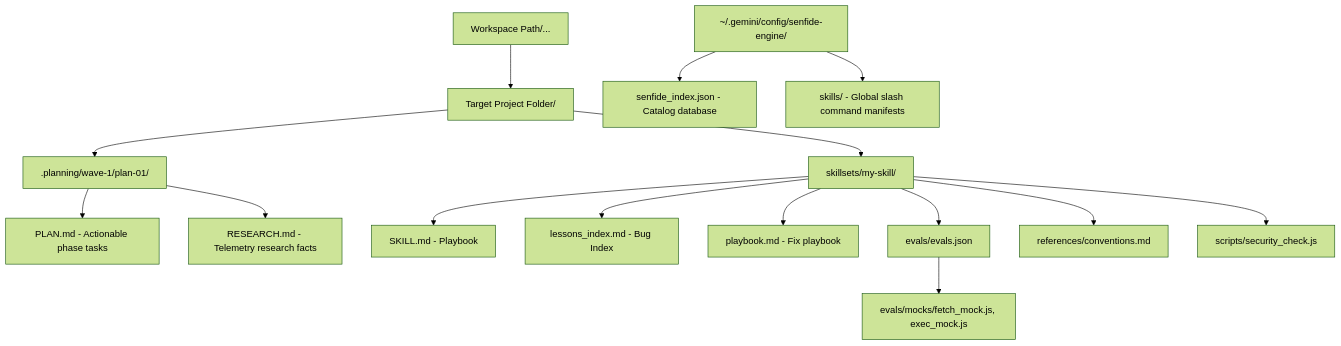
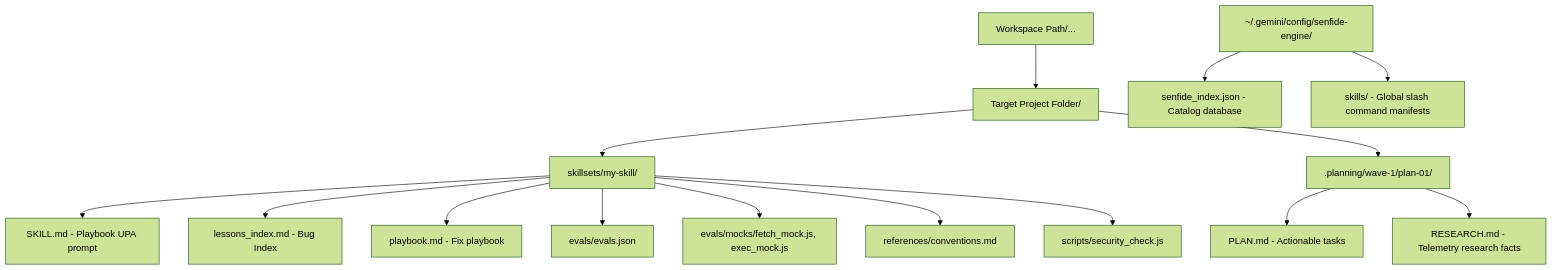
The first of 3 diagrams in Senfide-documentation.md (Danny0821/Senfide-Engine), drawn with Mermaid (forest theme) before and after one commit. The commit also changed other lines of this file and 25 other files, not shown here.

````diff
--- a/Senfide-documentation.md
+++ b/Senfide-documentation.md
@@ -13,18 +13,18 @@
 ```mermaid
 graph TD
     UserApp[Workspace Path/...] --> LocalWorkspace[Target Project Folder/]
     LocalWorkspace --> LocalSkill[skillsets/my-skill/]
     LocalWorkspace --> LocalPlan[.planning/wave-1/plan-01/]
-    LocalPlan --> PLAN_MD[PLAN.md - Actionable phase tasks]
+    LocalPlan --> PLAN_MD[PLAN.md - Actionable tasks]
     LocalPlan --> RESEARCH_MD[RESEARCH.md - Telemetry research facts]
-    LocalSkill --> SKILL_MD[SKILL.md - Playbook]
+    LocalSkill --> SKILL_MD[SKILL.md - Playbook UPA prompt]
     LocalSkill --> AL_Index[lessons_index.md - Bug Index]
     LocalSkill --> AL_Play[playbook.md - Fix playbook]
     LocalSkill --> LocalEvals[evals/evals.json]
-    LocalEvals --> LocalMocks[evals/mocks/fetch_mock.js, exec_mock.js]
+    LocalSkill --> LocalMocks[evals/mocks/fetch_mock.js, exec_mock.js]
     LocalSkill --> LocalRefs[references/conventions.md]
     LocalSkill --> LocalScripts[scripts/security_check.js]
 
     GlobalConfig[~/.gemini/config/senfide-engine/] --> GlobalIndex[senfide_index.json - Catalog database]
     GlobalConfig --> GlobalSkills[skills/ - Global slash command manifests]
 ```
````
